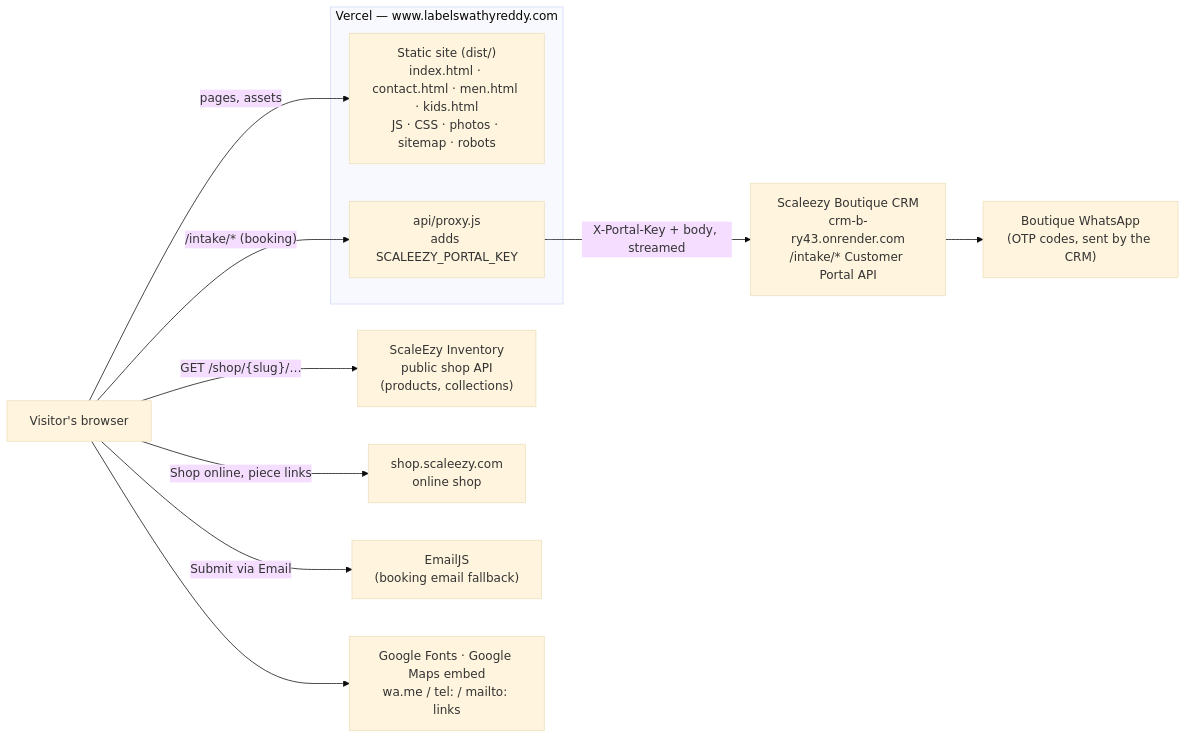
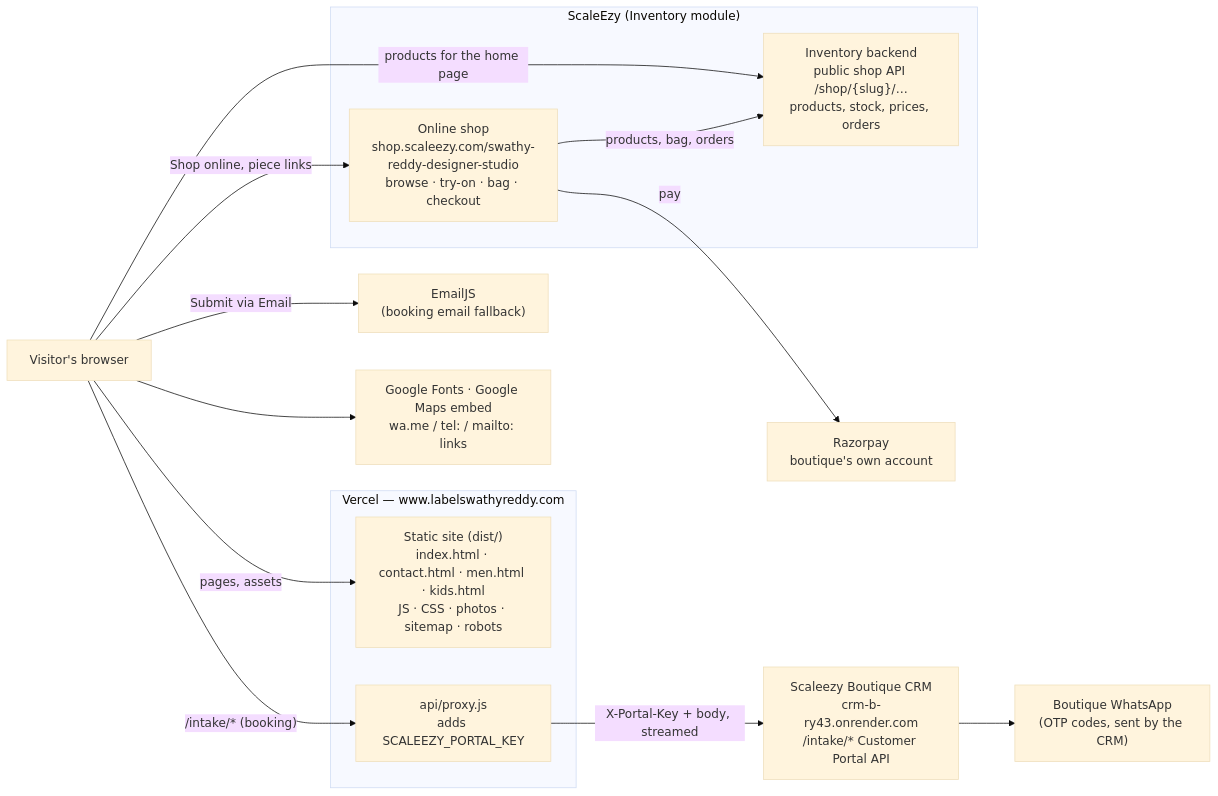
Before and after one commit to DomsGlobal9/swathy-reddy-designer-studio: the diagram in ARCHITECTURE.md, drawn with Mermaid (base theme). The commit also changed other lines of this file, not shown here.

Commit message:
docs(architecture): customer visit step by step, Shop online flow, October improvements

````diff
--- a/ARCHITECTURE.md
+++ b/ARCHITECTURE.md
@@ -11,23 +12,28 @@
 ```mermaid
 flowchart LR
   V["Visitor's browser"]
   subgraph Vercel["Vercel — www.labelswathyreddy.com"]
     S["Static site (dist/)<br/>index.html · contact.html · men.html · kids.html<br/>JS · CSS · photos · sitemap · robots"]
     P["api/proxy.js<br/>adds SCALEEZY_PORTAL_KEY"]
   end
-  INV["ScaleEzy Inventory<br/>public shop API<br/>(products, collections)"]
-  SHOP["shop.scaleezy.com<br/>online shop"]
+  subgraph ScaleEzy["ScaleEzy (Inventory module)"]
+    INV["Inventory backend<br/>public shop API /shop/{slug}/…<br/>products, stock, prices, orders"]
+    SHOP["Online shop<br/>shop.scaleezy.com/swathy-reddy-designer-studio<br/>browse · try-on · bag · checkout"]
+  end
+  RZP["Razorpay<br/>boutique's own account"]
   CRM["Scaleezy Boutique CRM<br/>crm-b-ry43.onrender.com<br/>/intake/* Customer Portal API"]
   WA["Boutique WhatsApp<br/>(OTP codes, sent by the CRM)"]
   EJ["EmailJS<br/>(booking email fallback)"]
   EXT["Google Fonts · Google Maps embed<br/>wa.me / tel: / mailto: links"]
 
   V -->|pages, assets| S
-  V -->|"GET /shop/{slug}/…"| INV
-  V -->|Shop online, piece links| SHOP
+  V -->|"products for the home page"| INV
+  V -->|"Shop online, piece links"| SHOP
+  SHOP -->|"products, bag, orders"| INV
+  SHOP -->|pay| RZP
   V -->|"/intake/* (booking)"| P
   P -->|"X-Portal-Key + body, streamed"| CRM
   CRM --> WA
   V -->|Submit via Email| EJ
   V --> EXT
 ```
````
